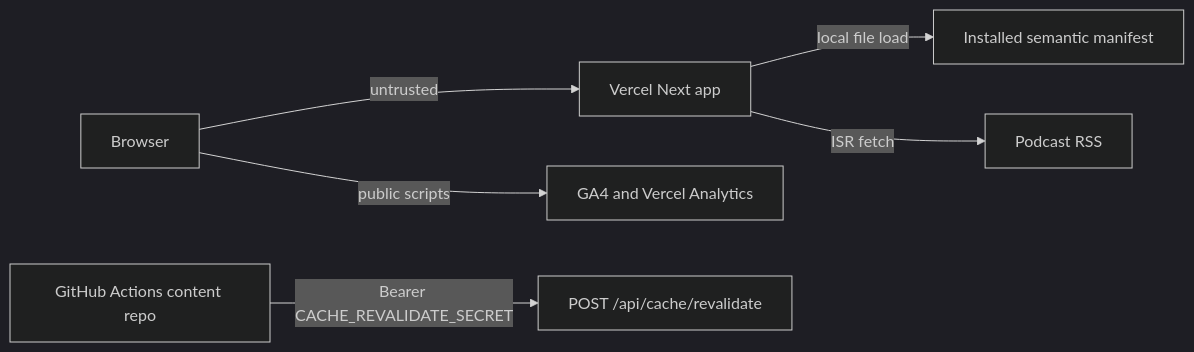
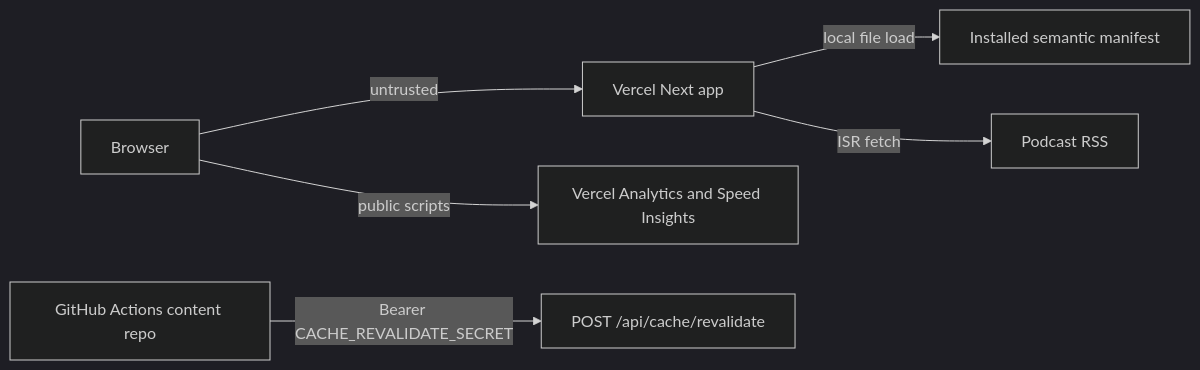
One commit to After-Certainty/after-certainty changed the diagram in apps/site/docs/security-assessment.md. Above: the diagram before and after it, drawn with Mermaid (dark theme). The commit also changed other lines of this file and 39 other files, not shown here.

First line of the commit message:
chore(site): retire GA4 — Vercel Web Analytics only (Gate 4) (#772)

````diff
--- a/apps/site/docs/security-assessment.md
+++ b/apps/site/docs/security-assessment.md
@@ -16,8 +16,8 @@
 ```mermaid
 flowchart LR
   Browser -->|untrusted| VercelApp[Vercel Next app]
   VercelApp -->|local file load| LocalManifest[Installed semantic manifest]
   VercelApp -->|ISR fetch| PodcastRSS[Podcast RSS]
   GHActions[GitHub Actions content repo] -->|Bearer CACHE_REVALIDATE_SECRET| Revalidate["POST /api/cache/revalidate"]
-  Browser -->|public scripts| GA[GA4 and Vercel Analytics]
+  Browser -->|public scripts| VA[Vercel Analytics and Speed Insights]
 ```
````
